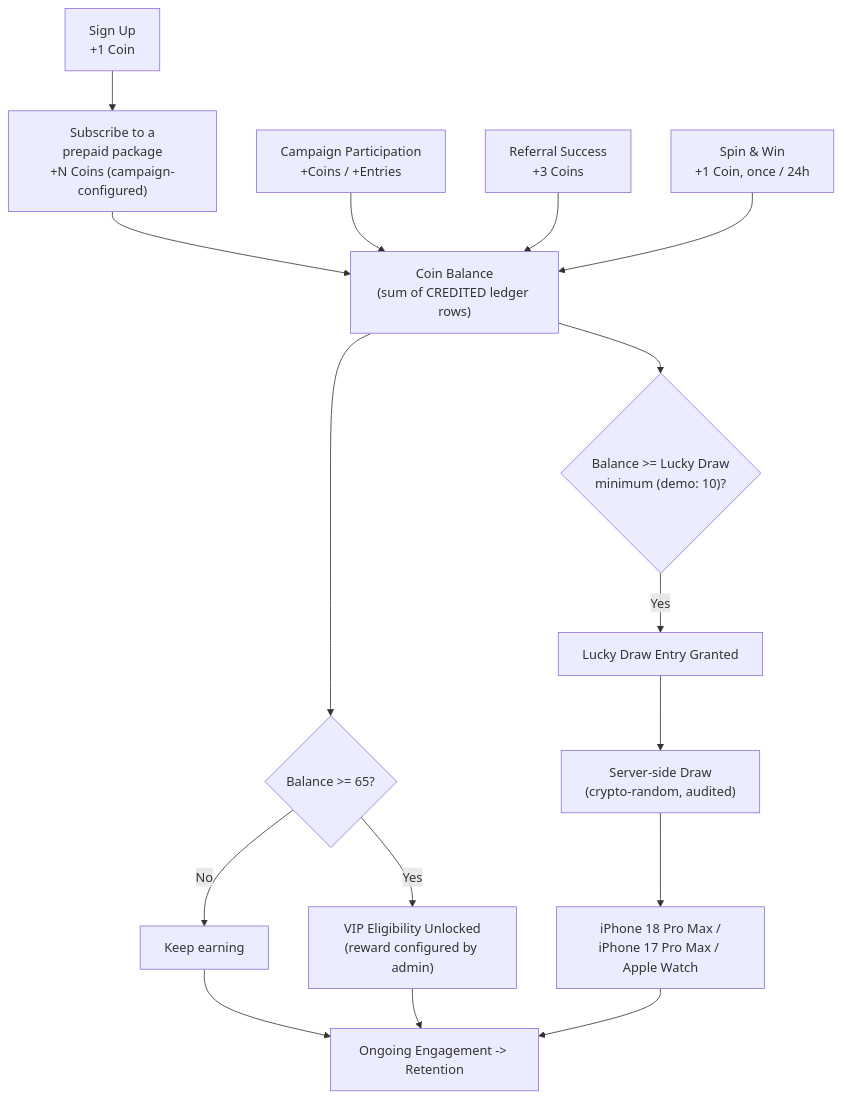
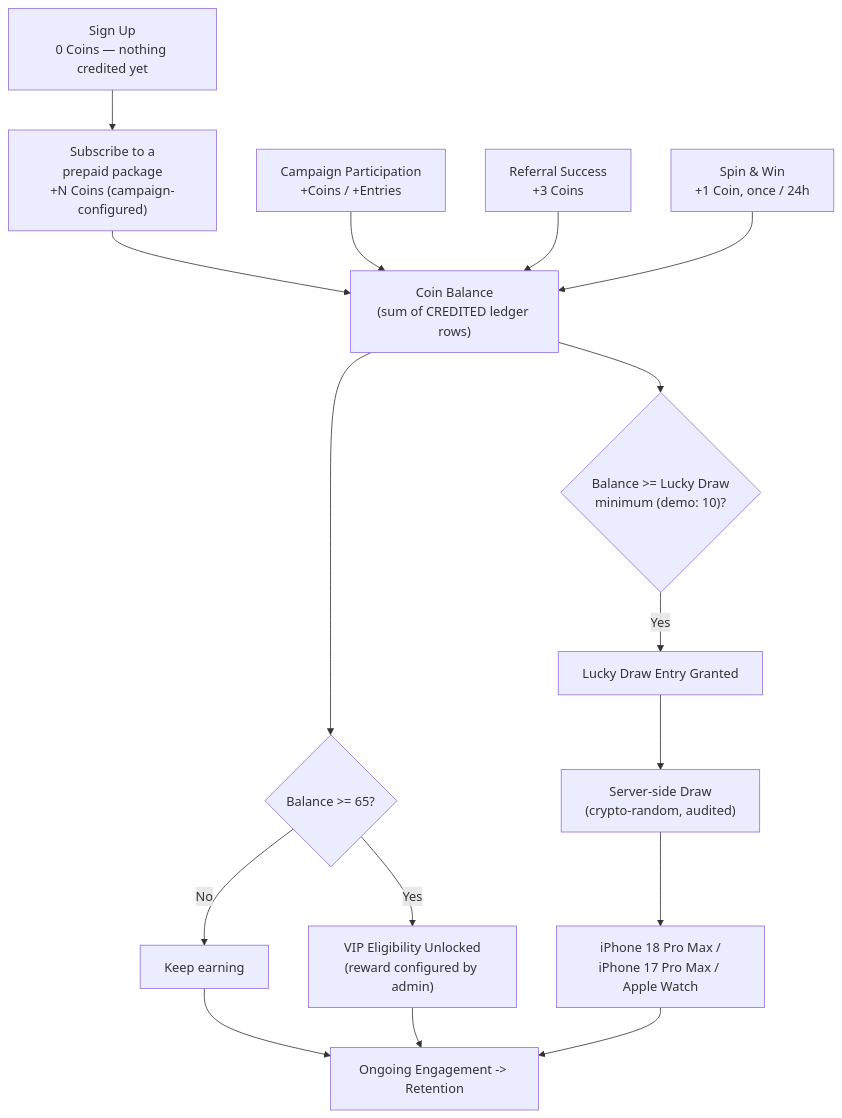
One commit to maaznizam290/customerfeedbackretention changed the fourth of 6 diagrams in ARCHITECTURE.md. Above: the diagram before and after it, drawn with Mermaid. The commit also changed other lines of this file and 7 other files, not shown here.

````diff
--- a/ARCHITECTURE.md
+++ b/ARCHITECTURE.md
@@ -257,18 +257,18 @@
 ```mermaid
 flowchart TD
-  Signup["Sign Up\n+1 Coin"] --> Subscribe["Subscribe to a\nprepaid package\n+N Coins (campaign-configured)"]
+  Signup["Sign Up\n0 Coins — nothing credited yet"] --> Subscribe["Subscribe to a\nprepaid package\n+N Coins (campaign-configured)"]
   Subscribe --> Balance["Coin Balance\n(sum of CREDITED ledger rows)"]
   Campaigns["Campaign Participation\n+Coins / +Entries"] --> Balance
   Referral["Referral Success\n+3 Coins"] --> Balance
   Spin["Spin & Win\n+1 Coin, once / 24h"] --> Balance
   Balance --> VIP{"Balance >= 65?"}
   VIP -->|No| BalanceLoop["Keep earning"]
   VIP -->|Yes| VIPUnlock["VIP Eligibility Unlocked\n(reward configured by admin)"]
   Balance --> DrawCheck{"Balance >= Lucky Draw\nminimum (demo: 10)?"}
   DrawCheck -->|Yes| Entry["Lucky Draw Entry Granted"]
   Entry --> Draw["Server-side Draw\n(crypto-random, audited)"]
   Draw --> Prizes["iPhone 18 Pro Max /\niPhone 17 Pro Max / Apple Watch"]
   VIPUnlock --> Retention["Ongoing Engagement -> Retention"]
   Prizes --> Retention
   BalanceLoop --> Retention
 ```
````
